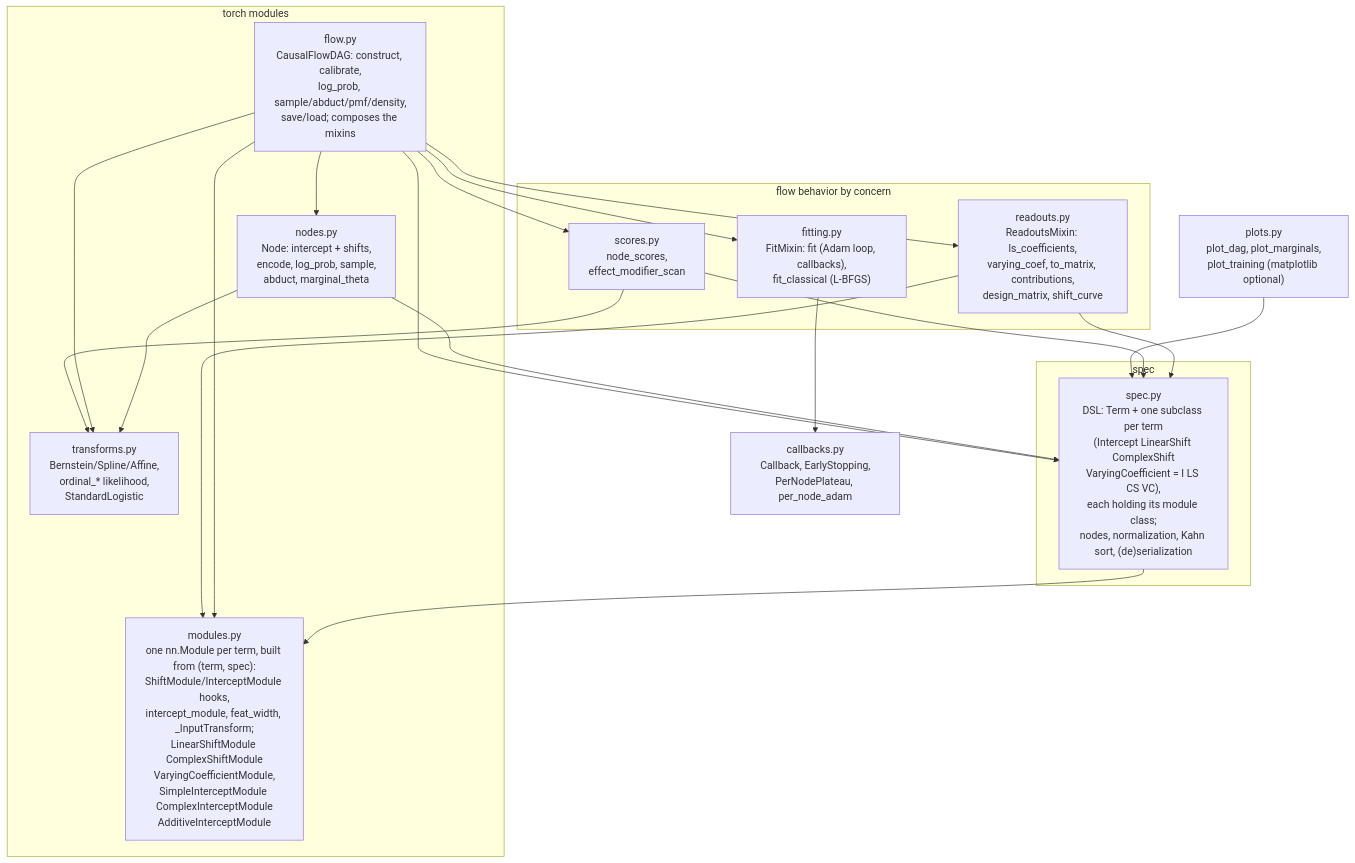
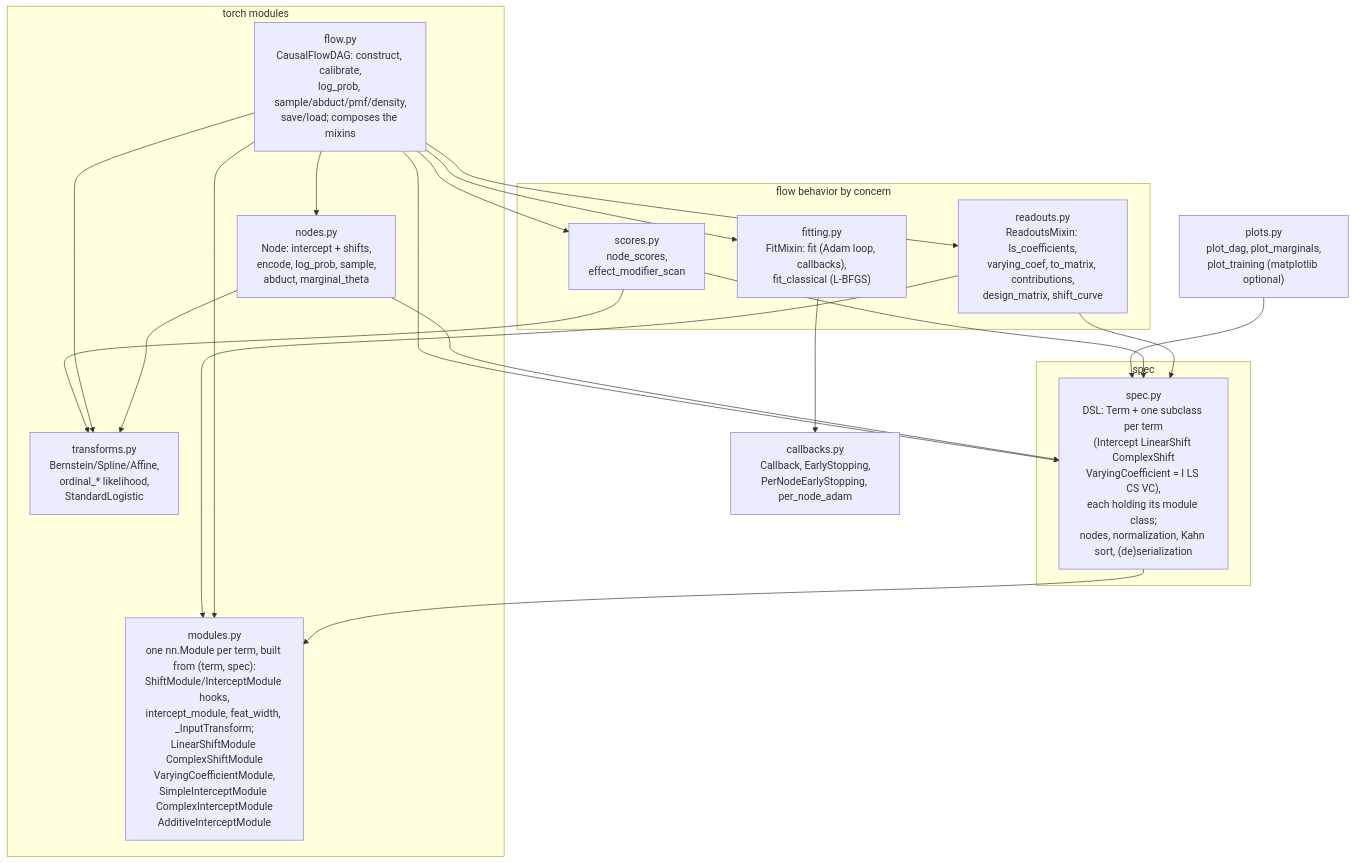
Before and after one commit to tensorchiefs/tramdag: the first of 6 diagrams in docs/architecture.md, drawn with Mermaid. The commit also changed other lines of this file and 12 other files, not shown here.

First line of the commit message:
feat(callbacks)!: PerNodeEarlyStopping, early stopping per node

````diff
--- a/docs/architecture.md
+++ b/docs/architecture.md
@@ -9,36 +9,36 @@
 ```mermaid
 graph TD
     subgraph data["spec"]
         spec["spec.py<br/>DSL: Term + one subclass per term<br/>(Intercept LinearShift ComplexShift<br/>VaryingCoefficient = I LS CS VC),<br/>each holding its module class;<br/>nodes, normalization, Kahn sort, (de)serialization"]
     end
     subgraph torch["torch modules"]
         modules["modules.py<br/>one nn.Module per term, built from (term, spec):<br/>ShiftModule/InterceptModule hooks,<br/>intercept_module, feat_width, _InputTransform;<br/>LinearShiftModule ComplexShiftModule<br/>VaryingCoefficientModule,<br/>SimpleInterceptModule ComplexInterceptModule<br/>AdditiveInterceptModule"]
         transforms["transforms.py<br/>Bernstein/Spline/Affine,<br/>ordinal_* likelihood,<br/>StandardLogistic"]
         nodes["nodes.py<br/>Node: intercept + shifts,<br/>encode, log_prob, sample,<br/>abduct, marginal_theta"]
         flow["flow.py<br/>CausalFlowDAG: construct, calibrate,<br/>log_prob, sample/abduct/pmf/density,<br/>save/load; composes the mixins"]
     end
     subgraph functions["flow behavior by concern"]
         fitting["fitting.py<br/>FitMixin: fit (Adam loop, callbacks),<br/>fit_classical (L-BFGS)"]
         readouts["readouts.py<br/>ReadoutsMixin: ls_coefficients,<br/>varying_coef, to_matrix, contributions,<br/>design_matrix, shift_curve"]
         scores["scores.py<br/>node_scores,<br/>effect_modifier_scan"]
     end
-    callbacks["callbacks.py<br/>Callback, EarlyStopping,<br/>PerNodePlateau, per_node_adam"]
+    callbacks["callbacks.py<br/>Callback, EarlyStopping,<br/>PerNodeEarlyStopping, per_node_adam"]
     plots["plots.py<br/>plot_dag, plot_marginals,<br/>plot_training (matplotlib optional)"]
 
     spec --> modules
     nodes --> spec
     nodes --> transforms
     flow --> nodes
     flow --> modules
     flow --> spec
     flow --> transforms
     flow --> fitting
     flow --> readouts
     flow --> scores
     fitting --> callbacks
     readouts --> modules
     readouts --> spec
     scores --> spec
     scores --> transforms
     plots --> spec
 ```
````
